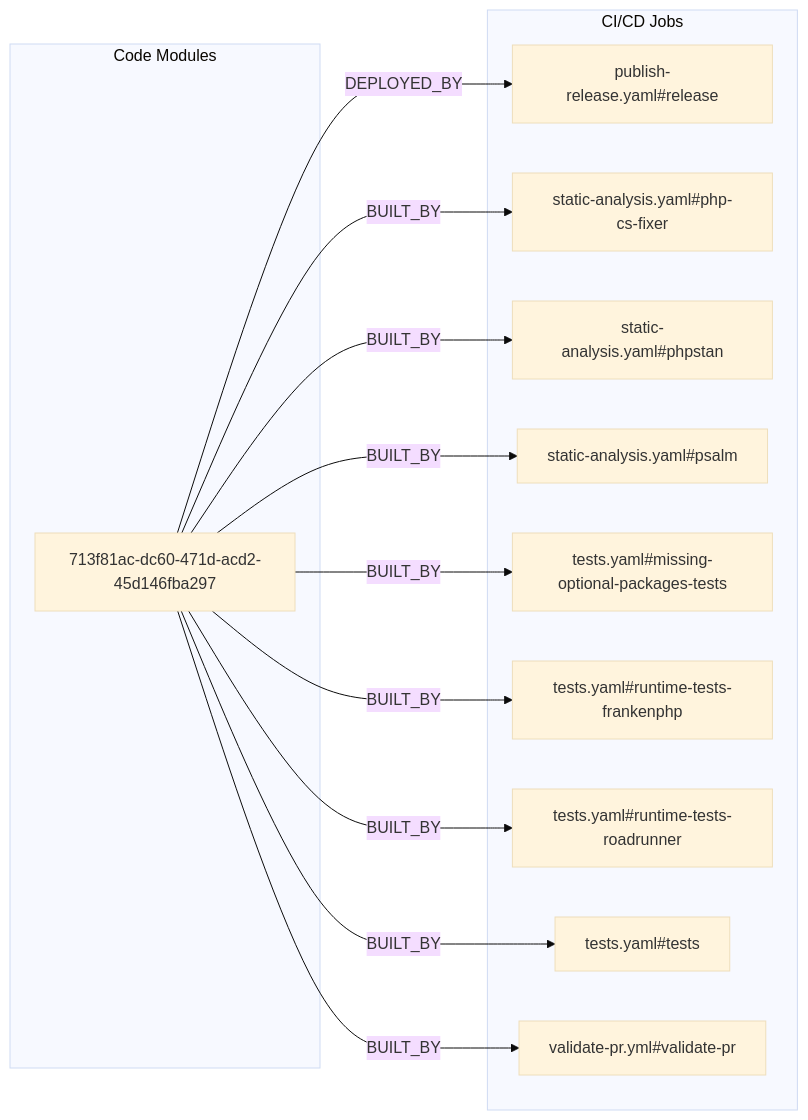
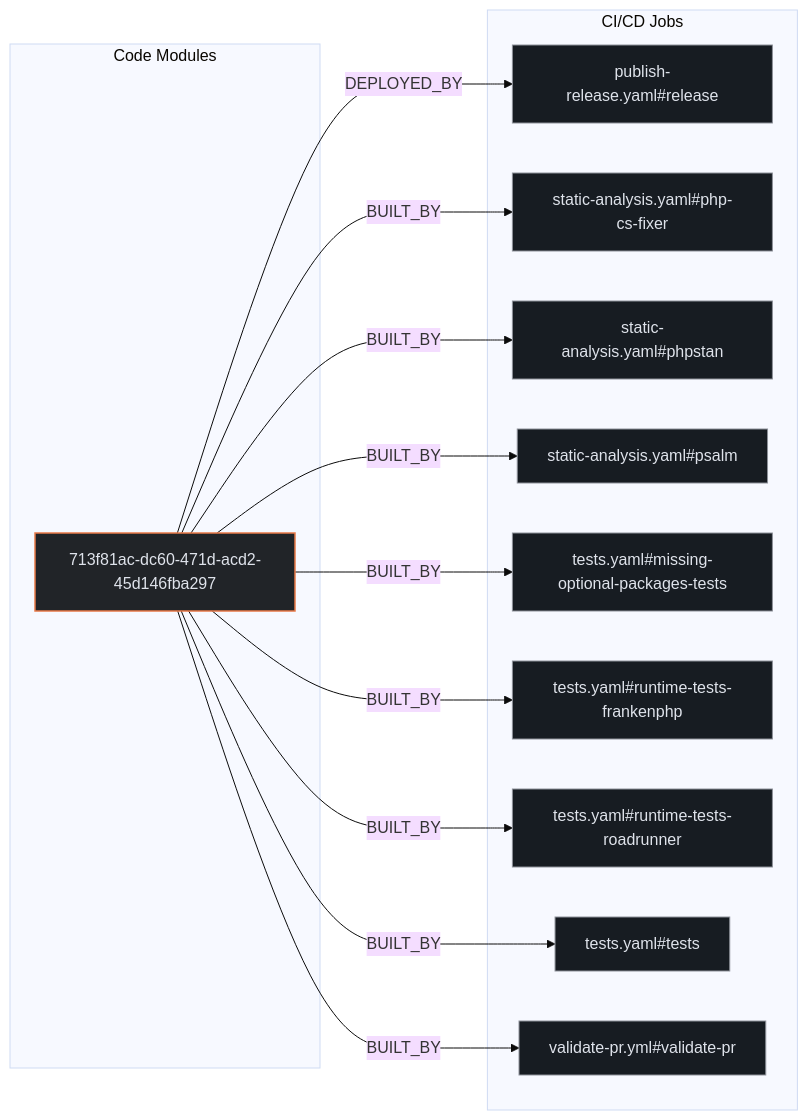
The second of 3 diagrams in exports/latest/reports/getsentry-sentry-symfony-report.md (kumarshaz/atruss-code-atlas), drawn with Mermaid (base theme) before and after one commit. The commit also changed other lines of this file and 331 other files, not shown here.

Commit message:
docs,ui,fix: update SDLC docs, reorder CI/CD DAG first, stylize Mermaid, and fix Arc42 pipeline topology

````diff
--- a/exports/latest/reports/getsentry-sentry-symfony-report.md
+++ b/exports/latest/reports/getsentry-sentry-symfony-report.md
@@ -192,26 +199,30 @@
 ```mermaid
 flowchart LR
+    classDef atlasCategory fill:#212428,stroke:#E87A48,stroke-width:1.5px,color:#dfe3eb
+    classDef atlasWorkflow fill:#1b2026,stroke:#a3c9ff,stroke-width:1.5px,color:#dfe3eb
+    classDef atlasJob fill:#171c22,stroke:#8d9199,stroke-width:1px,color:#dfe3eb
+    classDef atlasTarget fill:#005227,stroke:#8bd99b,stroke-width:1.5px,color:#a7f6b6
     subgraph code_modules["Code Modules"]
-        mod_713f81ac_dc60_471d_acd2_45d146fba297["713f81ac-dc60-471d-acd2-45d146fba297"]
+        mod_713f81ac_dc60_471d_acd2_45d146fba297["713f81ac-dc60-471d-acd2-45d146fba297"]:::atlasCategory
     end
     subgraph ci_jobs["CI/CD Jobs"]
-        job_publish_release_yaml_release["publish-release.yaml#release"]
-        job_static_analysis_yaml_php_cs_fixer["static-analysis.yaml#php-cs-fixer"]
-        job_static_analysis_yaml_phpstan["static-analysis.yaml#phpstan"]
-        job_static_analysis_yaml_psalm["static-analysis.yaml#psalm"]
-        job_tests_yaml_missing_optional_packages_tests["tests.yaml#missing-optional-packages-tests"]
-        job_tests_yaml_runtime_tests_frankenphp["tests.yaml#runtime-tests-frankenphp"]
-        job_tests_yaml_runtime_tests_roadrunner["tests.yaml#runtime-tests-roadrunner"]
-        job_tests_yaml_tests["tests.yaml#tests"]
-        job_validate_pr_yml_validate_pr["validate-pr.yml#validate-pr"]
+        job_publish_release_yaml_release["publish-release.yaml#release"]:::atlasJob
+        job_static_analysis_yaml_php_cs_fixer["static-analysis.yaml#php-cs-fixer"]:::atlasJob
+        job_static_analysis_yaml_phpstan["static-analysis.yaml#phpstan"]:::atlasJob
+        job_static_analysis_yaml_psalm["static-analysis.yaml#psalm"]:::atlasJob
+        job_tests_yaml_missing_optional_packages_tests["tests.yaml#missing-optional-packages-tests"]:::atlasJob
+        job_tests_yaml_runtime_tests_frankenphp["tests.yaml#runtime-tests-frankenphp"]:::atlasJob
+        job_tests_yaml_runtime_tests_roadrunner["tests.yaml#runtime-tests-roadrunner"]:::atlasJob
+        job_tests_yaml_tests["tests.yaml#tests"]:::atlasJob
+        job_validate_pr_yml_validate_pr["validate-pr.yml#validate-pr"]:::atlasJob
     end
     mod_713f81ac_dc60_471d_acd2_45d146fba297 -->|BUILT_BY| job_static_analysis_yaml_php_cs_fixer
     mod_713f81ac_dc60_471d_acd2_45d146fba297 -->|BUILT_BY| job_static_analysis_yaml_phpstan
     mod_713f81ac_dc60_471d_acd2_45d146fba297 -->|BUILT_BY| job_static_analysis_yaml_psalm
     mod_713f81ac_dc60_471d_acd2_45d146fba297 -->|BUILT_BY| job_tests_yaml_missing_optional_packages_tests
     mod_713f81ac_dc60_471d_acd2_45d146fba297 -->|BUILT_BY| job_tests_yaml_runtime_tests_frankenphp
     mod_713f81ac_dc60_471d_acd2_45d146fba297 -->|BUILT_BY| job_tests_yaml_runtime_tests_roadrunner
     mod_713f81ac_dc60_471d_acd2_45d146fba297 -->|BUILT_BY| job_tests_yaml_tests
     mod_713f81ac_dc60_471d_acd2_45d146fba297 -->|BUILT_BY| job_validate_pr_yml_validate_pr
     mod_713f81ac_dc60_471d_acd2_45d146fba297 -->|DEPLOYED_BY| job_publish_release_yaml_release
 ```
````
